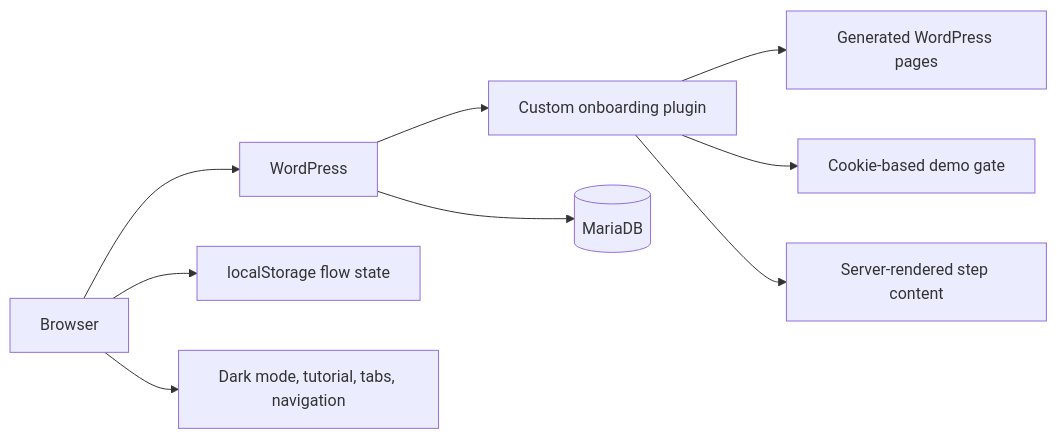
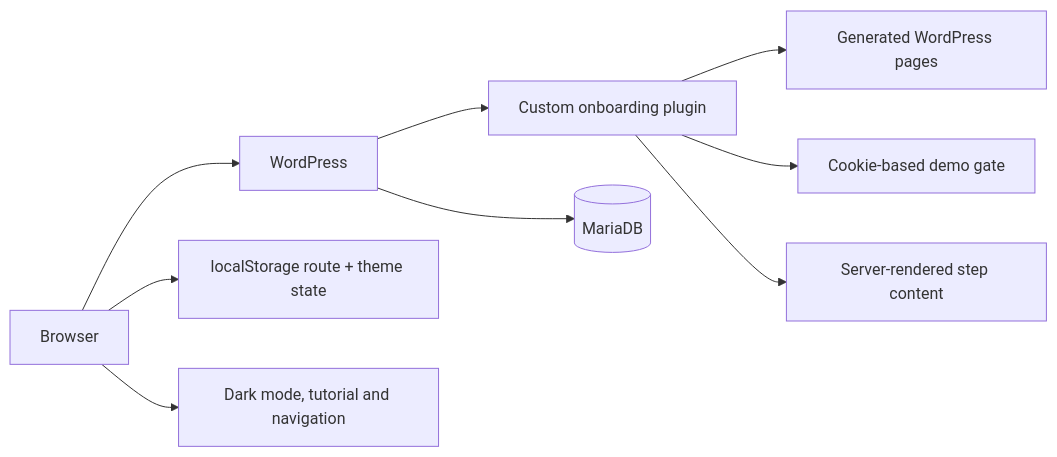
Before and after one commit to Altan-Y/interactive-employee-onboarding: the diagram in docs/ARCHITECTURE.md, drawn with Mermaid. The commit also changed other lines of this file, not shown here.

Commit message:
docs: align architecture with public implementation

````diff
--- a/docs/ARCHITECTURE.md
+++ b/docs/ARCHITECTURE.md
@@ -3,11 +3,11 @@
 ```mermaid
 flowchart LR
     Browser[Browser] --> WP[WordPress]
     WP --> Plugin[Custom onboarding plugin]
     Plugin --> Pages[Generated WordPress pages]
     Plugin --> Gate[Cookie-based demo gate]
     Plugin --> Content[Server-rendered step content]
-    Browser --> State[localStorage flow state]
-    Browser --> UI[Dark mode, tutorial, tabs, navigation]
+    Browser --> State[localStorage route + theme state]
+    Browser --> UI[Dark mode, tutorial and navigation]
     WP --> DB[(MariaDB)]
 ```
````
